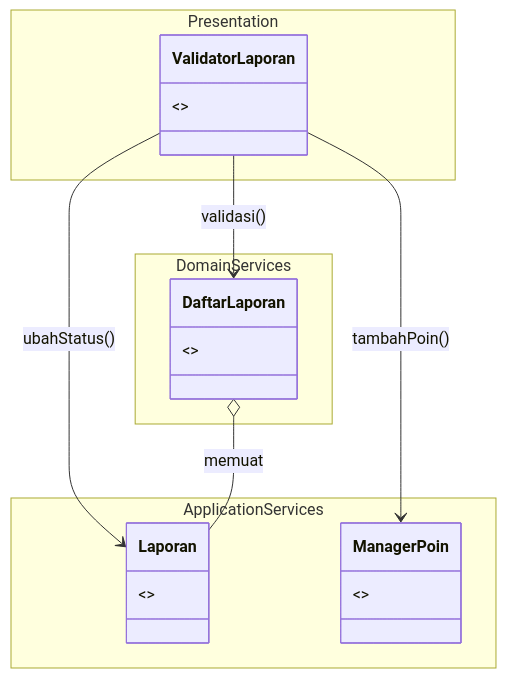
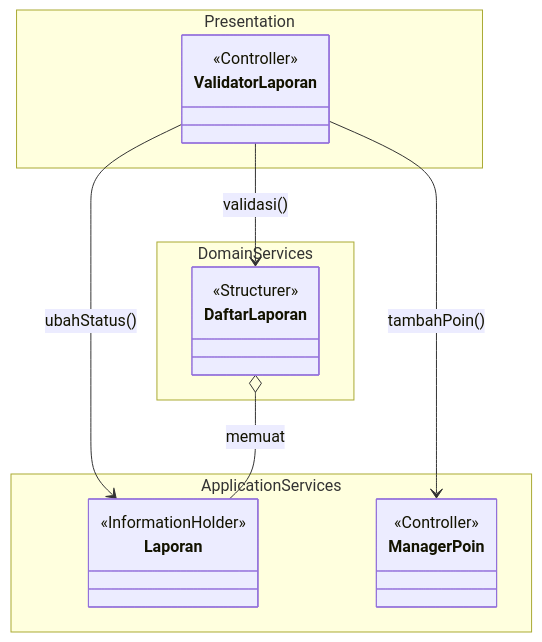
One commit to star-scripter/IF2150-RPL-K03-G02 changed the sixth of 9 diagrams in docs/M4/K03_G02_CD.md. Above: the diagram before and after it, drawn with Mermaid. The commit also changed other lines of this file, not shown here.

Commit message:
docs: add class stereotypes to uc04 and uc06

````diff
--- a/docs/M4/K03_G02_CD.md
+++ b/docs/M4/K03_G02_CD.md
@@ -569,28 +569,28 @@
 ```mermaid
 classDiagram
     direction TB
 
     namespace Presentation {
         class ValidatorLaporan {
-            <>
         }
     }
     namespace ApplicationServices {
         class Laporan {
-            <>
         }
         class ManagerPoin {
-            <>
         }
     }
     namespace DomainServices {
         class DaftarLaporan {
-            <>
         }
     }
+    <<Controller>> ValidatorLaporan
+    <<InformationHolder>> Laporan
+    <<Controller>> ManagerPoin
+    <<Structurer>> DaftarLaporan
 
     ValidatorLaporan --> DaftarLaporan : validasi()
     ValidatorLaporan --> Laporan : ubahStatus()
     ValidatorLaporan --> ManagerPoin : tambahPoin()
     DaftarLaporan o-- Laporan : memuat
 ```
````
